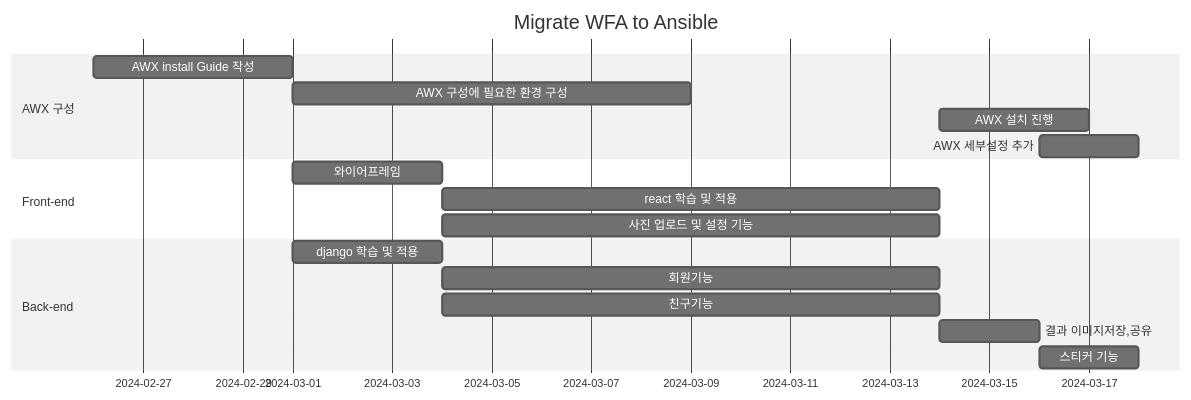
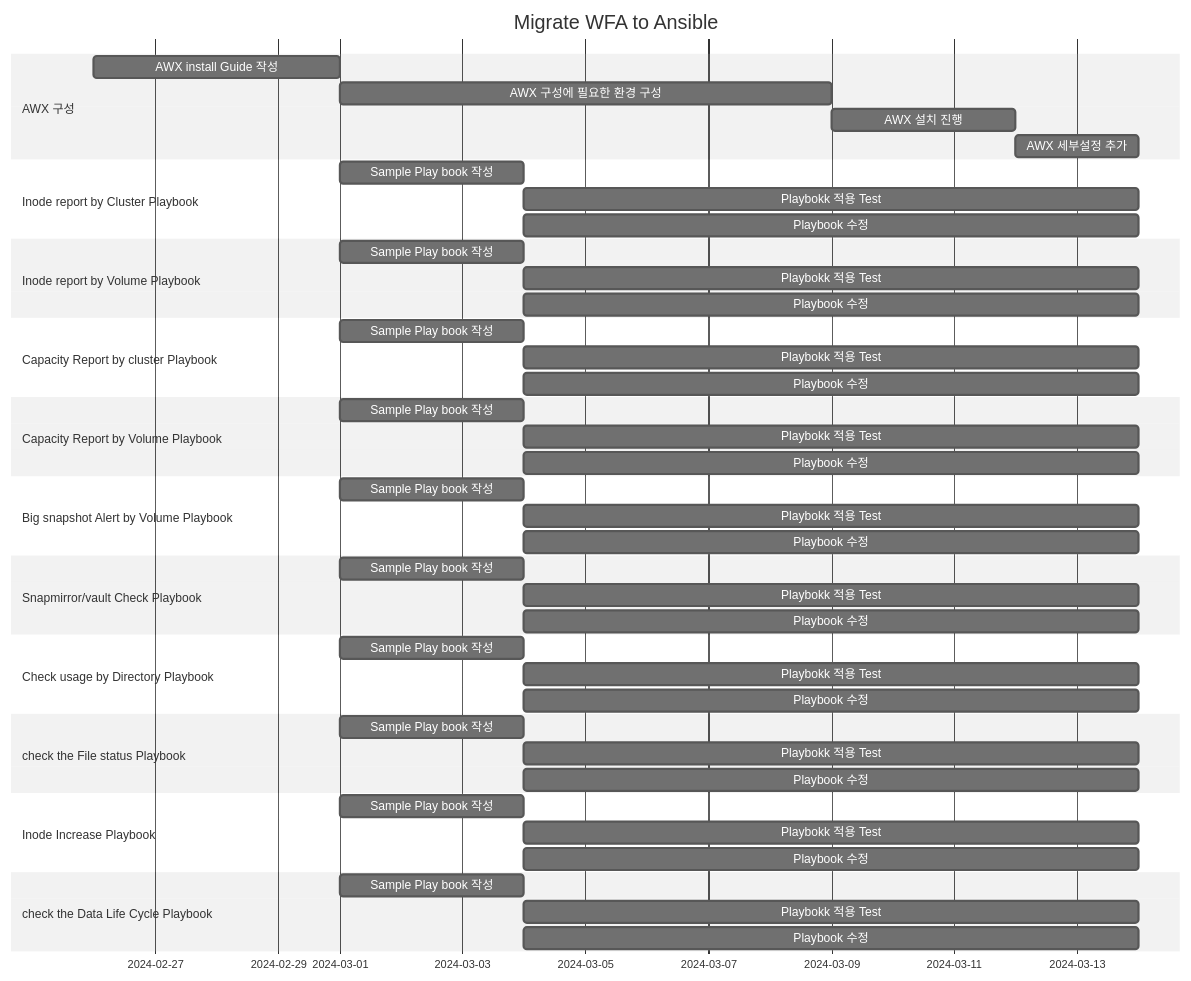
Before and after one commit to netappkr/AnsiblePlaybook: the diagram in SKHynics/Readme.md, drawn with Mermaid (neutral theme).

````diff
--- a/SKHynics/Readme.md
+++ b/SKHynics/Readme.md
@@ -45,22 +45,60 @@
 ```mermaid
 gantt
     title Migrate WFA to Ansible
     dateFormat  YYYY-MM-DD
     section AWX 구성
-    AWX install Guide 작성  : a1, 2024-02-26, 4d
-    AWX 구성에 필요한 환경 구성  : a2, 2024-03-01, 8d
-    AWX 설치 진행 : a3, after a2 , 3d
-    AWX 세부설정 추가 : a4, after a3, 2d
+    AWX install Guide 작성  : awx1, 2024-02-26, 4d
+    AWX 구성에 필요한 환경 구성  : awx2, 2024-03-01, 8d
+    AWX 설치 진행 : awx3, after awx2 , 3d
+    AWX 세부설정 추가 : awx4, after awx3, 2d
 
-    section Front-end
-    와이어프레임     :a1, 2024-03-01, 3d
-    react 학습 및 적용 : after a1,  10d
-    사진 업로드 및 설정 기능 :after a1 , 10d
+    section Inode report by Cluster Playbook
+    Sample Play book 작성 : p1-1, 2024-03-01, 3d
+    Playbokk 적용 Test: p1-2, after p1-1,  10d
+    Playbook 수정 : p1-3, after a1 , 10d
 
-    section Back-end
-    django 학습 및 적용 : a1,2024-03-01, 3d
-    회원기능      :a2,after a1 , 10d
-    친구기능      :after a1  ,10d
-    결과 이미지저장,공유  : a3,after a2, 2d
-    스티커 기능  : a4,after a3, 2d
+    section Inode report by Volume Playbook
+    Sample Play book 작성 : p1-1, 2024-03-01, 3d
+    Playbokk 적용 Test: p1-2, after p1-1,  10d
+    Playbook 수정 : p1-3, after a1 , 10d
+
+    section Capacity Report by cluster Playbook
+    Sample Play book 작성 : p1-1, 2024-03-01, 3d
+    Playbokk 적용 Test: p1-2, after p1-1,  10d
+    Playbook 수정 : p1-3, after a1 , 10d
+
+    section Capacity Report by Volume Playbook
+    Sample Play book 작성 : p1-1, 2024-03-01, 3d
+    Playbokk 적용 Test: p1-2, after p1-1,  10d
+    Playbook 수정 : p1-3, after a1 , 10d
+
+    section Big snapshot Alert by Volume Playbook
+    Sample Play book 작성 : p1-1, 2024-03-01, 3d
+    Playbokk 적용 Test: p1-2, after p1-1,  10d
+    Playbook 수정 : p1-3, after a1 , 10d
+
+    section Snapmirror/vault Check Playbook
+    Sample Play book 작성 : p1-1, 2024-03-01, 3d
+    Playbokk 적용 Test: p1-2, after p1-1,  10d
+    Playbook 수정 : p1-3, after a1 , 10d
+
+    section Check usage by Directory Playbook
+    Sample Play book 작성 : p1-1, 2024-03-01, 3d
+    Playbokk 적용 Test: p1-2, after p1-1,  10d
+    Playbook 수정 : p1-3, after a1 , 10d
+
+    section check the File status Playbook
+    Sample Play book 작성 : p1-1, 2024-03-01, 3d
+    Playbokk 적용 Test: p1-2, after p1-1,  10d
+    Playbook 수정 : p1-3, after a1 , 10d
+
+    section Inode Increase Playbook
+    Sample Play book 작성 : p1-1, 2024-03-01, 3d
+    Playbokk 적용 Test: p1-2, after p1-1,  10d
+    Playbook 수정 : p1-3, after a1 , 10d
+
+    section check the Data Life Cycle Playbook
+    Sample Play book 작성 : p1-1, 2024-03-01, 3d
+    Playbokk 적용 Test: p1-2, after p1-1,  10d
+    Playbook 수정 : p1-3, after a1 , 10d
 ```
````
